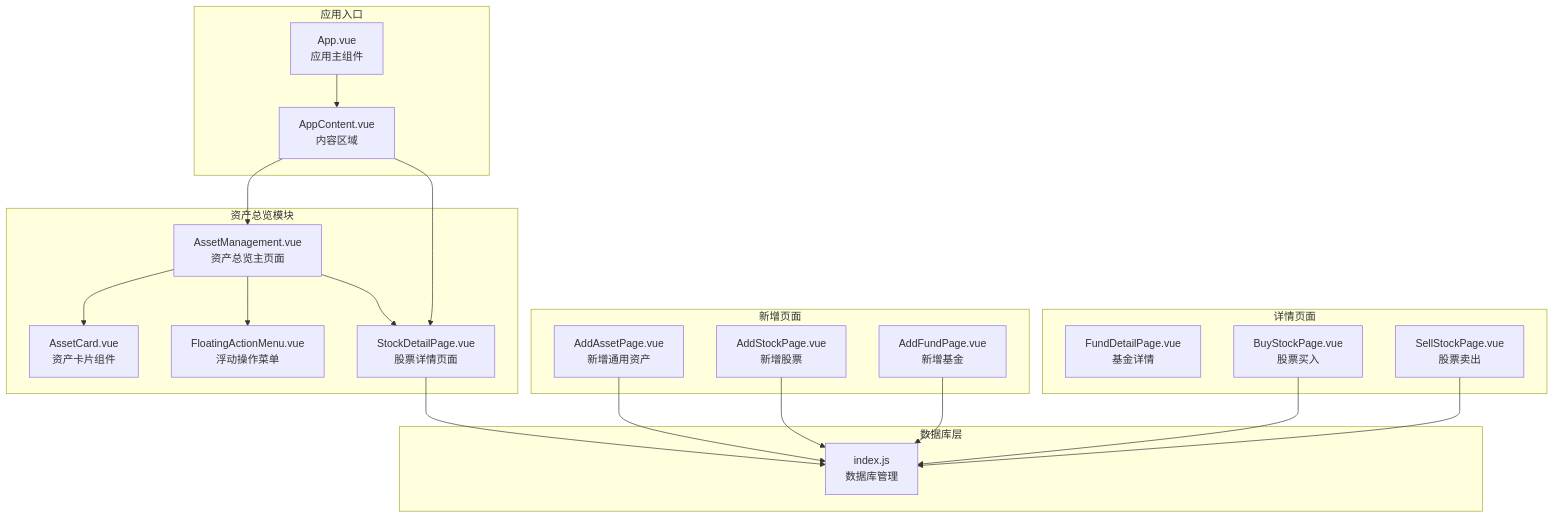
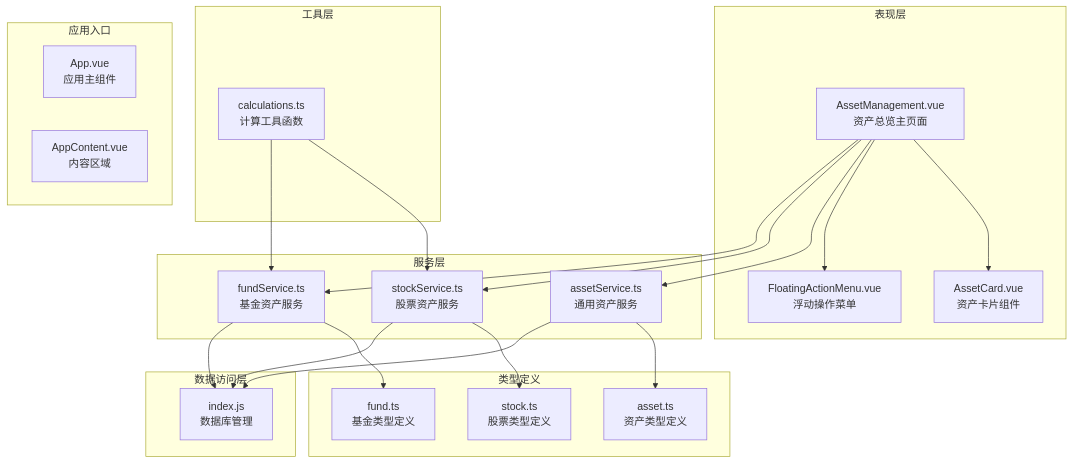
Before and after one commit to xiao-lin-unit/yuan: the first of 19 diagrams in .qoder/repowiki/zh/content/资产管理/资产总览.md, drawn with Mermaid. The commit also changed other lines of this file and 21 other files, not shown here.

````diff
--- a/.qoder/repowiki/zh/content/资产管理/资产总览.md
+++ b/.qoder/repowiki/zh/content/资产管理/资产总览.md
@@ -47,38 +50,41 @@
 ```mermaid
 graph TB
-subgraph "资产总览模块"
+subgraph "表现层"
 AM[AssetManagement.vue<br/>资产总览主页面]
 AC[AssetCard.vue<br/>资产卡片组件]
 FAM[FloatingActionMenu.vue<br/>浮动操作菜单]
-SDP[StockDetailPage.vue<br/>股票详情页面]
 end
-subgraph "数据库层"
+subgraph "服务层"
+AS[assetService.ts<br/>通用资产服务]
+SS[stockService.ts<br/>股票资产服务]
+FS[fundService.ts<br/>基金资产服务]
+end
+subgraph "类型定义"
+AT[asset.ts<br/>资产类型定义]
+ST[stock.ts<br/>股票类型定义]
+FT[fund.ts<br/>基金类型定义]
+end
+subgraph "工具层"
+CAL[calculations.ts<br/>计算工具函数]
+end
+subgraph "数据访问层"
 DB[index.js<br/>数据库管理]
-end
-subgraph "新增页面"
-AAP[AddAssetPage.vue<br/>新增通用资产]
-ASP[AddStockPage.vue<br/>新增股票]
-AFP[AddFundPage.vue<br/>新增基金]
-end
-subgraph "详情页面"
-FDP[FundDetailPage.vue<br/>基金详情]
-BSP[BuyStockPage.vue<br/>股票买入]
-SSP[SellStockPage.vue<br/>股票卖出]
 end
 subgraph "应用入口"
 APP[App.vue<br/>应用主组件]
 ACO[AppContent.vue<br/>内容区域]
 end
 AM --> AC
 AM --> FAM
-AM --> SDP
-SDP --> DB
-AAP --> DB
-ASP --> DB
-AFP --> DB
-BSP --> DB
-SSP --> DB
-APP --> ACO
-ACO --> AM
-ACO --> SDP
+AM --> AS
+AM --> SS
+AM --> FS
+AS --> AT
+SS --> ST
+FS --> FT
+AS --> DB
+SS --> DB
+FS --> DB
+CAL --> SS
+CAL --> FS
 ```
````
